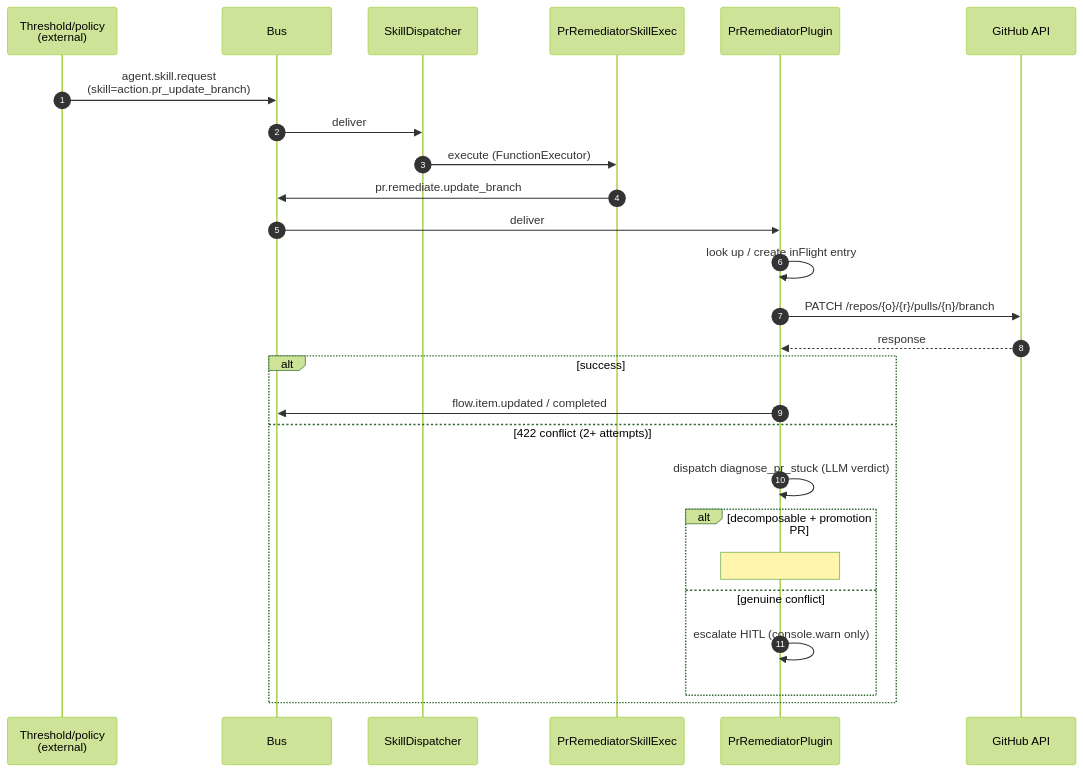
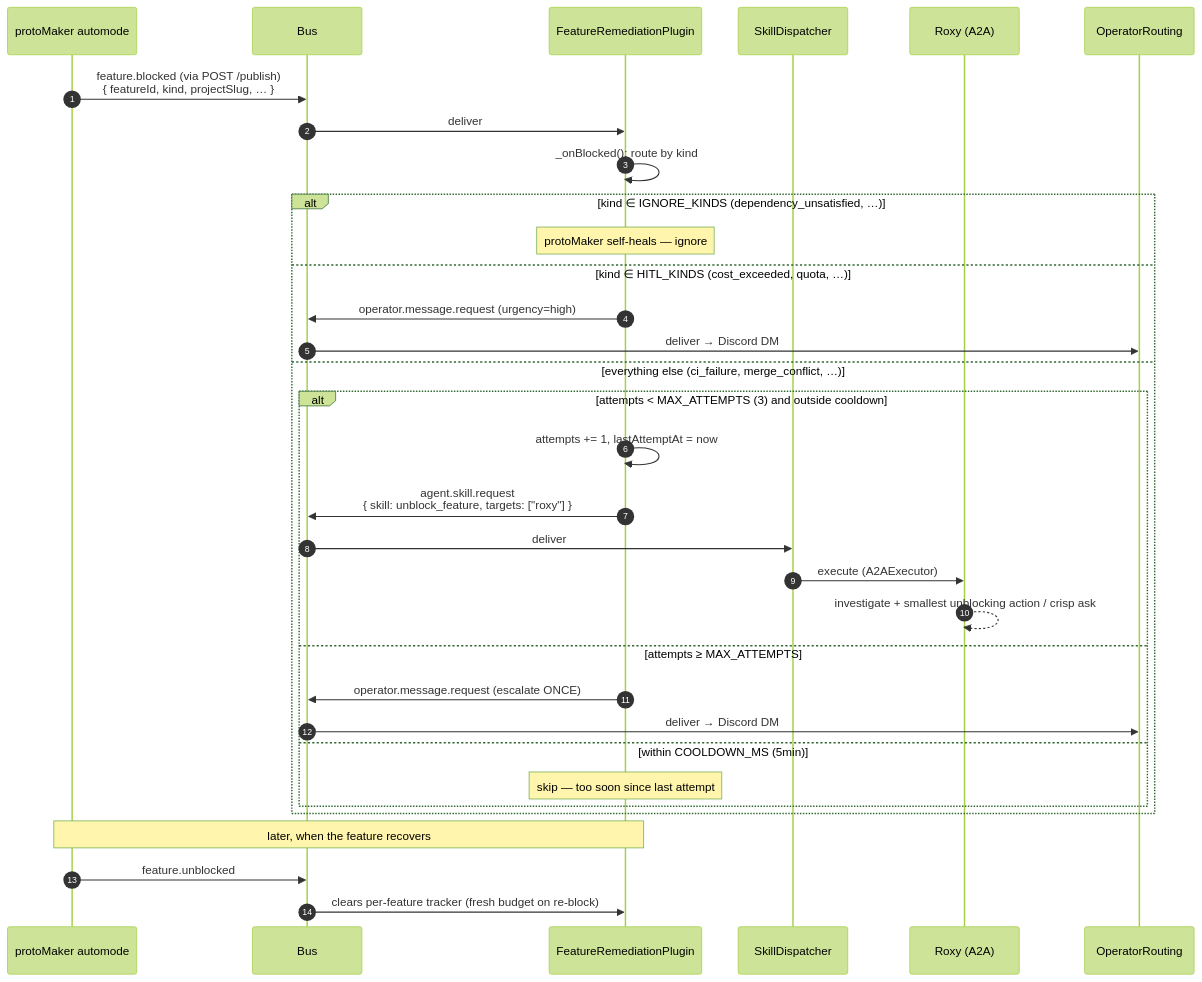
One commit to protoLabsAI/protoWorkstacean changed the second of 2 diagrams in docs/architecture/flow-alert-remediator.md. Above: the diagram before and after it, drawn with Mermaid (forest theme). The commit also changed other lines of this file and 24 other files, not shown here.

````diff
--- a/docs/architecture/flow-alert-remediator.md
+++ b/docs/architecture/flow-alert-remediator.md
@@ -106,31 +131,38 @@
 ```mermaid
 sequenceDiagram
     autonumber
-    participant TE as Threshold/policy<br/>(external)
+    participant PM as protoMaker automode
     participant Bus as Bus
+    participant FR as FeatureRemediationPlugin
     participant SD as SkillDispatcher
-    participant PRE as PrRemediatorSkillExec
-    participant PR as PrRemediatorPlugin
-    participant GH as GitHub API
+    participant RX as Roxy (A2A)
+    participant OR as OperatorRouting
 
-    TE->>Bus: agent.skill.request<br/>(skill=action.pr_update_branch)
-    Bus->>SD: deliver
-    SD->>PRE: execute (FunctionExecutor)
-    PRE->>Bus: pr.remediate.update_branch
-    Bus->>PR: deliver
+    PM->>Bus: feature.blocked (via POST /publish)<br/>{ featureId, kind, projectSlug, … }
+    Bus->>FR: deliver
+    FR->>FR: _onBlocked(): route by kind
 
-    PR->>PR: look up / create inFlight entry
-    PR->>GH: PATCH /repos/{o}/{r}/pulls/{n}/branch
-    GH-->>PR: response
-
-    alt success
-        PR->>Bus: flow.item.updated / completed
-    else 422 conflict (2+ attempts)
-        PR->>PR: dispatch diagnose_pr_stuck (LLM verdict)
-        alt decomposable + promotion PR
-            Note over PR: #465 destructive guard:<br/>suppress close, escalate HITL
-        else genuine conflict
-            PR->>PR: escalate HITL (console.warn only)
+    alt kind ∈ IGNORE_KINDS (dependency_unsatisfied, …)
+        Note over FR: protoMaker self-heals — ignore
+    else kind ∈ HITL_KINDS (cost_exceeded, quota, …)
+        FR->>Bus: operator.message.request (urgency=high)
+        Bus->>OR: deliver → Discord DM
+    else everything else (ci_failure, merge_conflict, …)
+        alt attempts < MAX_ATTEMPTS (3) and outside cooldown
+            FR->>FR: attempts += 1, lastAttemptAt = now
+            FR->>Bus: agent.skill.request<br/>{ skill: unblock_feature, targets: ["roxy"] }
+            Bus->>SD: deliver
+            SD->>RX: execute (A2AExecutor)
+            RX-->>RX: investigate + smallest unblocking action / crisp ask
+        else attempts ≥ MAX_ATTEMPTS
+            FR->>Bus: operator.message.request (escalate ONCE)
+            Bus->>OR: deliver → Discord DM
+        else within COOLDOWN_MS (5min)
+            Note over FR: skip — too soon since last attempt
         end
     end
+
+    Note over PM,FR: later, when the feature recovers
+    PM->>Bus: feature.unblocked
+    Bus->>FR: clears per-feature tracker (fresh budget on re-block)
 ```
````
